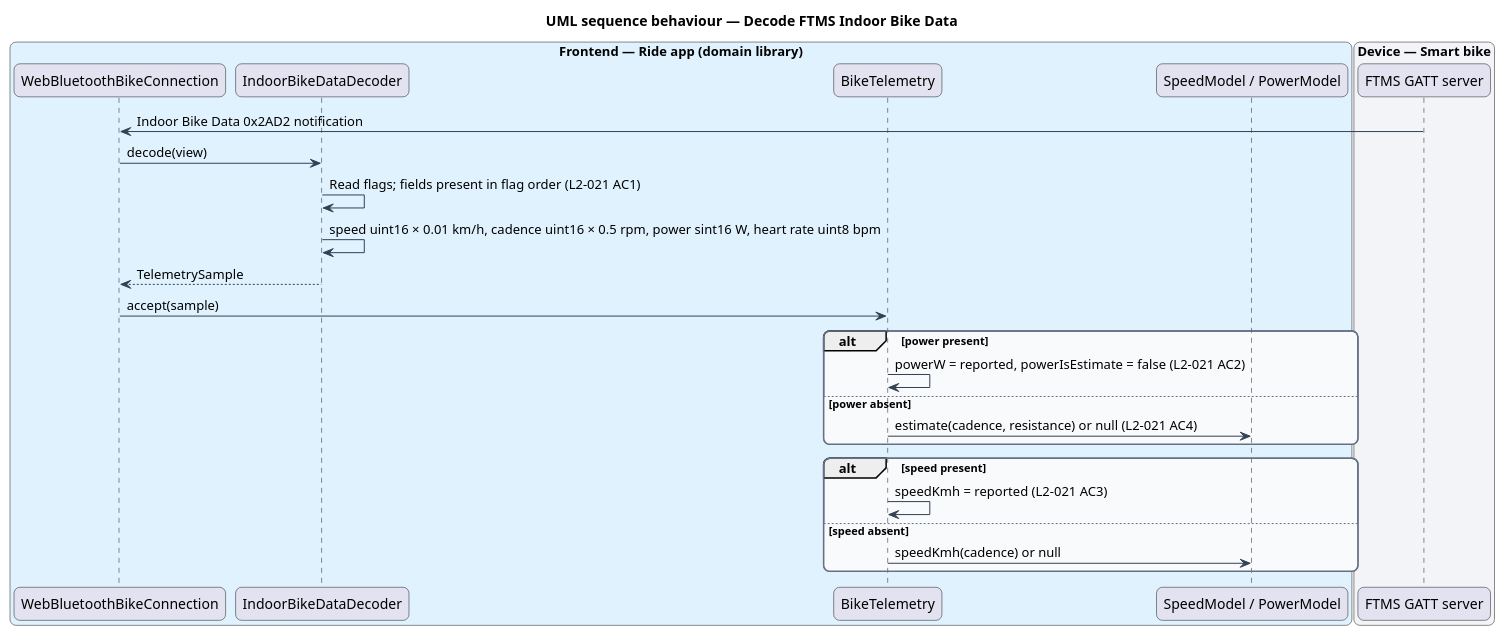
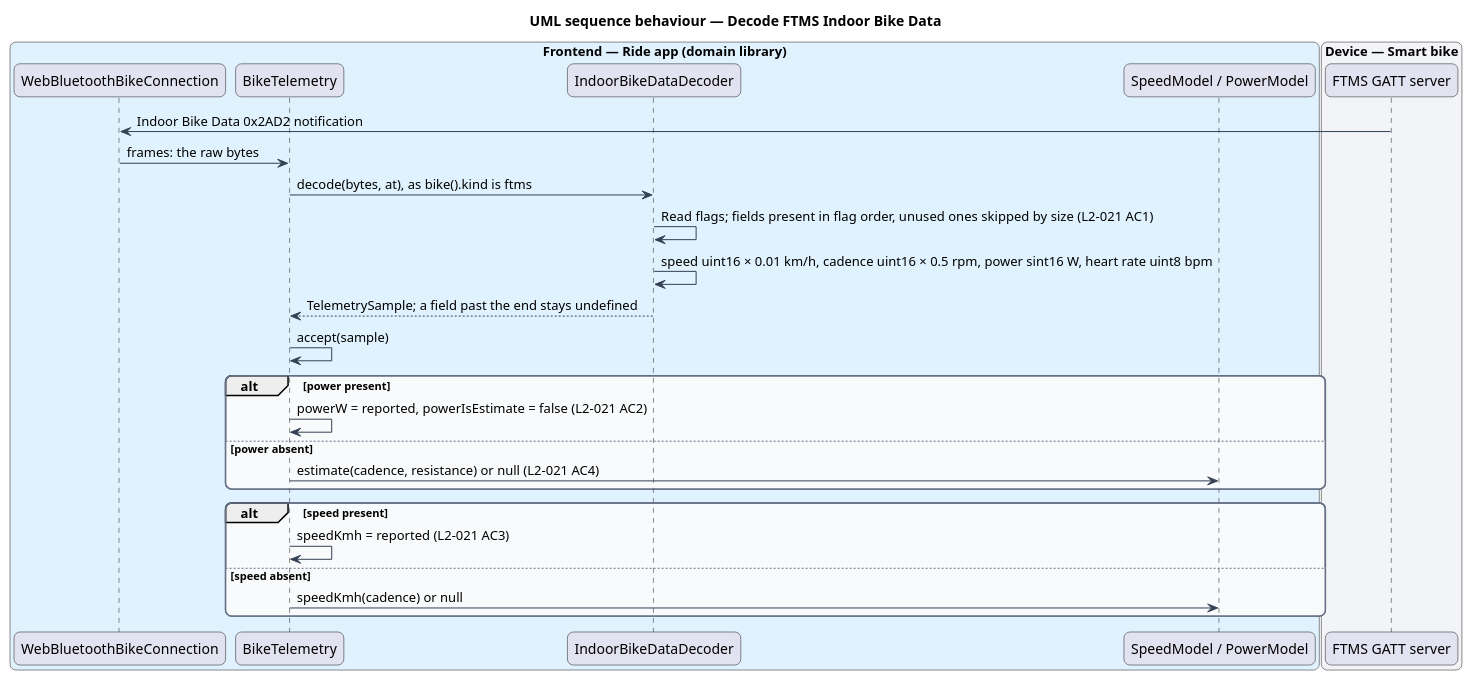
Before and after one commit to QuinntyneBrown/ride-one: the diagram in docs/detailed-designs/bike/read-bike-telemetry/diagrams/sequence-decode-ftms-data.puml, drawn with PlantUML. The commit also changed 6 other files, not shown here.

```diff
--- a/docs/detailed-designs/bike/read-bike-telemetry/diagrams/sequence-decode-ftms-data.puml
+++ b/docs/detailed-designs/bike/read-bike-telemetry/diagrams/sequence-decode-ftms-data.puml
@@ -1,42 +1,43 @@
 @startuml
 title UML sequence behaviour — Decode FTMS Indoor Bike Data
 skinparam backgroundColor #FFFFFF
 skinparam shadowing false
 skinparam roundcorner 12
 skinparam defaultFontName Arial
 skinparam ArrowColor #344054
 skinparam rectangle {
   BorderColor #344054
   FontColor #101828
 }
 skinparam package {
   BorderColor #667085
   FontColor #101828
   BackgroundColor #F9FAFB
 }
 box "Frontend — Ride app (domain library)" #E0F2FE
   participant "WebBluetoothBikeConnection" as conn
+  participant "BikeTelemetry" as tele
   participant "IndoorBikeDataDecoder" as dec
-  participant "BikeTelemetry" as tele
   participant "SpeedModel / PowerModel" as models
 end box
 box "Device — Smart bike" #F2F4F7
   participant "FTMS GATT server" as bike
 end box
 bike -> conn : Indoor Bike Data 0x2AD2 notification
-conn -> dec : decode(view)
-dec -> dec : Read flags; fields present in flag order (L2-021 AC1)
+conn -> tele : frames: the raw bytes
+tele -> dec : decode(bytes, at), as bike().kind is ftms
+dec -> dec : Read flags; fields present in flag order, unused ones skipped by size (L2-021 AC1)
 dec -> dec : speed uint16 × 0.01 km/h, cadence uint16 × 0.5 rpm, power sint16 W, heart rate uint8 bpm
-dec --> conn : TelemetrySample
-conn -> tele : accept(sample)
+dec --> tele : TelemetrySample; a field past the end stays undefined
+tele -> tele : accept(sample)
 alt power present
   tele -> tele : powerW = reported, powerIsEstimate = false (L2-021 AC2)
 else power absent
   tele -> models : estimate(cadence, resistance) or null (L2-021 AC4)
 end
 alt speed present
   tele -> tele : speedKmh = reported (L2-021 AC3)
 else speed absent
   tele -> models : speedKmh(cadence) or null
 end
 @enduml
```
